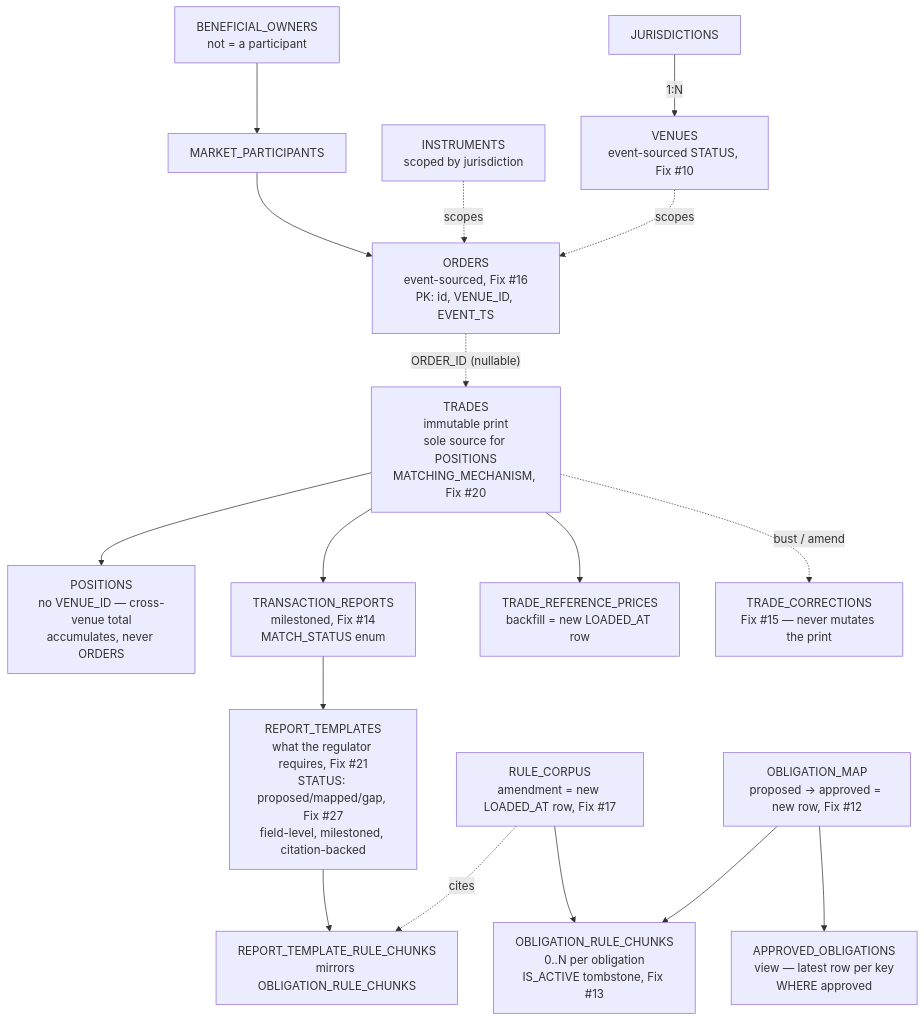
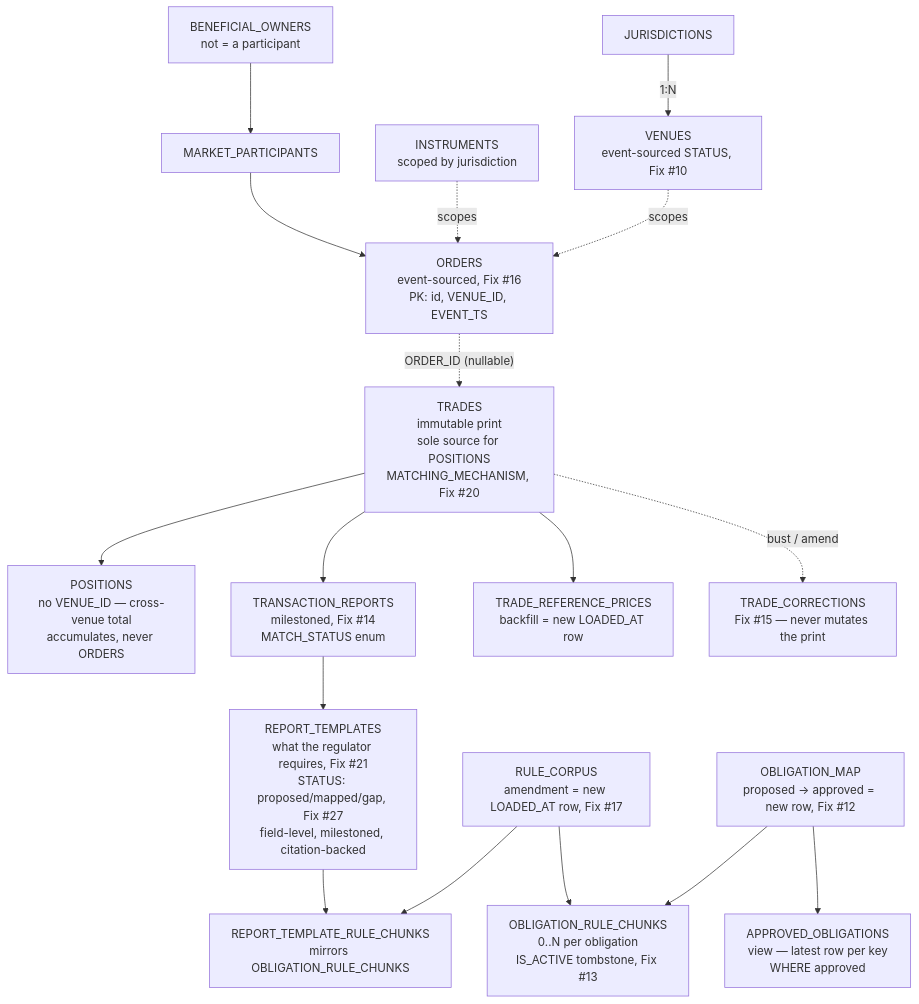
The second of 9 diagrams in docs/system_diagrams.md (OlixIgnacious/snowflake-exchange), drawn with Mermaid before and after one commit. The commit also changed other lines of this file and 2 other files, not shown here.

First line of the commit message:
Grant REPORT_TEMPLATE_COVERAGE to ANALYST_READ; fix ORDERS/diagram gaps

````diff
--- a/docs/system_diagrams.md
+++ b/docs/system_diagrams.md
@@ -36,21 +36,21 @@
 ```mermaid
 flowchart TD
     JUR[JURISDICTIONS] -->|1:N| VEN[VENUES<br/>event-sourced STATUS, Fix #10]
     BO[BENEFICIAL_OWNERS<br/>not = a participant] --> MP[MARKET_PARTICIPANTS]
     MP --> ORD[ORDERS<br/>event-sourced, Fix #16<br/>PK: id, VENUE_ID, EVENT_TS]
     INS[INSTRUMENTS<br/>scoped by jurisdiction] -.->|scopes| ORD
     VEN -.->|scopes| ORD
     ORD -.->|"ORDER_ID (nullable)"| TRD[TRADES<br/>immutable print<br/>sole source for POSITIONS<br/>MATCHING_MECHANISM, Fix #20]
     TRD --> POS[POSITIONS<br/>no VENUE_ID — cross-venue total<br/>accumulates, never ORDERS]
     TRD --> TXR[TRANSACTION_REPORTS<br/>milestoned, Fix #14<br/>MATCH_STATUS enum]
     TRD --> TRP[TRADE_REFERENCE_PRICES<br/>backfill = new LOADED_AT row]
     TRD -.->|bust / amend| TRC[TRADE_CORRECTIONS<br/>Fix #15 — never mutates the print]
 
     RC[RULE_CORPUS<br/>amendment = new LOADED_AT row, Fix #17] --> ORC[OBLIGATION_RULE_CHUNKS<br/>0..N per obligation<br/>IS_ACTIVE tombstone, Fix #13]
     OM[OBLIGATION_MAP<br/>proposed → approved = new row, Fix #12] --> ORC
     OM --> AO[APPROVED_OBLIGATIONS<br/>view — latest row per key<br/>WHERE approved]
 
     TXR --> RT["REPORT_TEMPLATES<br/>what the regulator requires, Fix #21<br/>STATUS: proposed/mapped/gap, Fix #27<br/>field-level, milestoned, citation-backed"]
     RT --> RTC[REPORT_TEMPLATE_RULE_CHUNKS<br/>mirrors OBLIGATION_RULE_CHUNKS]
-    RC -.->|cites| RTC
+    RC --> RTC
 ```
````
